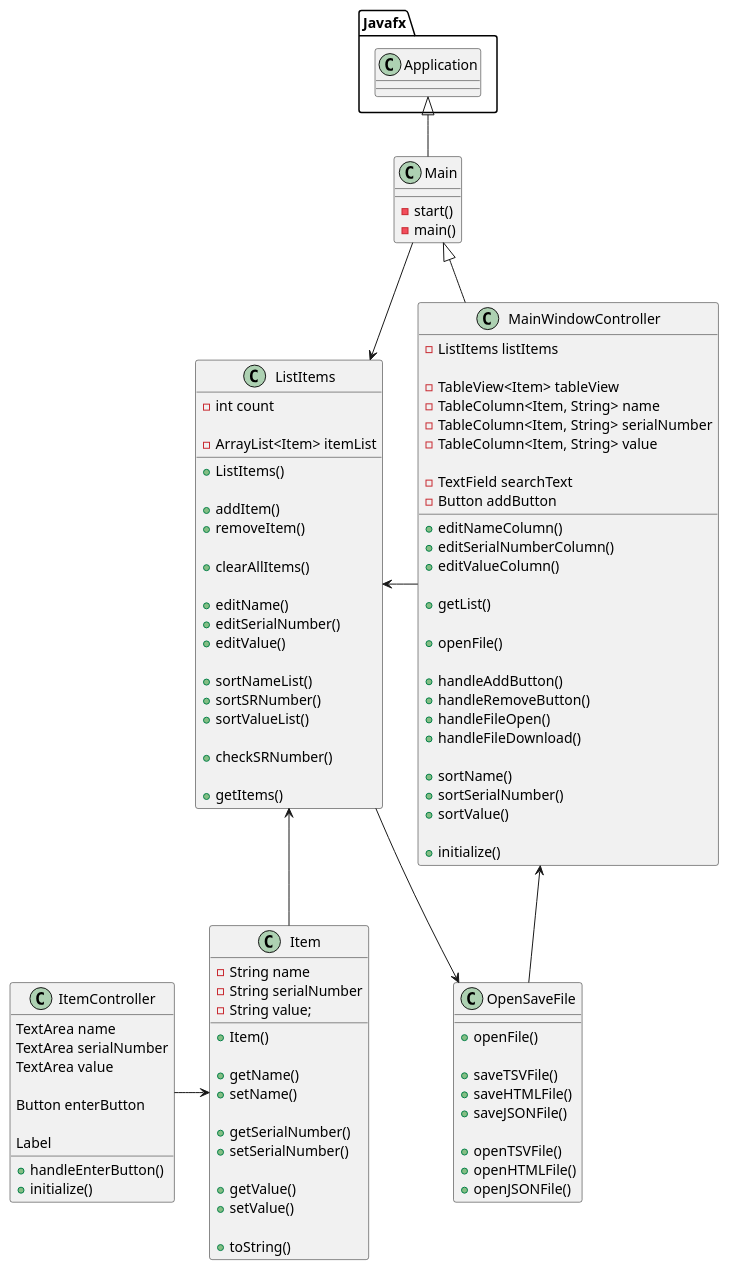
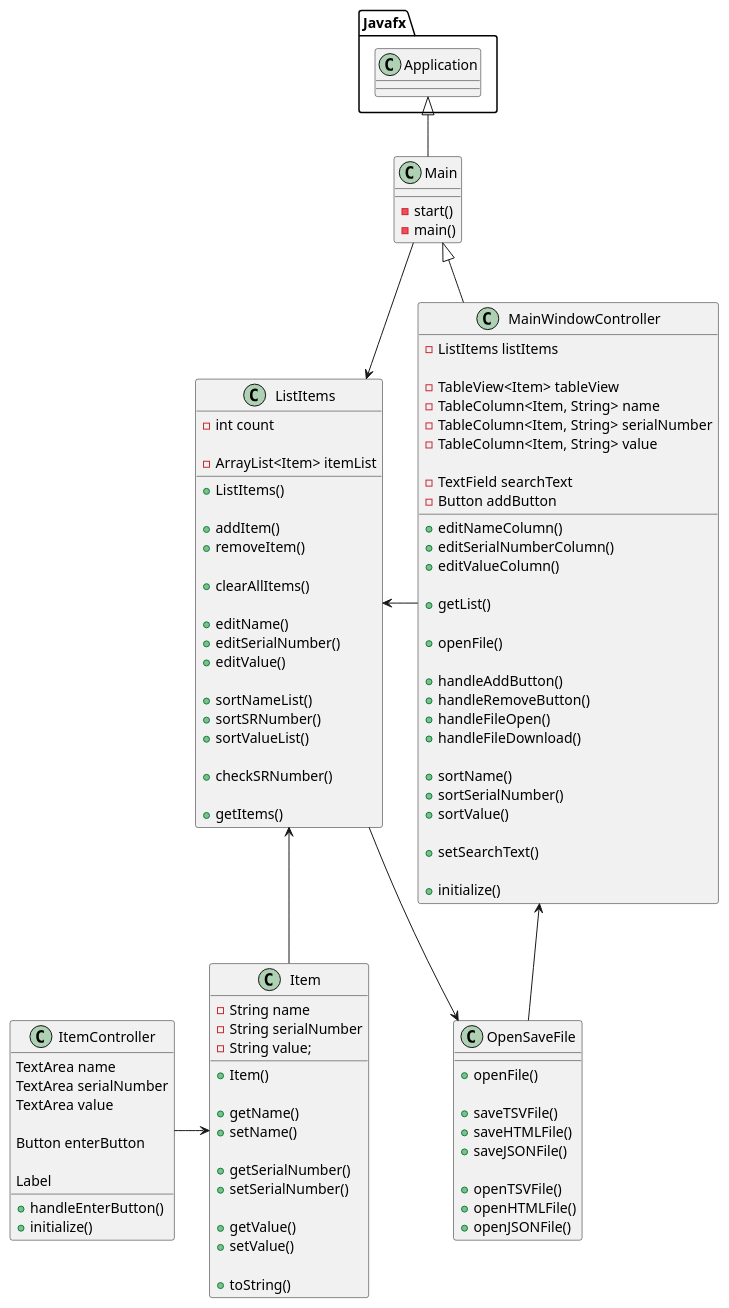
One commit to annbinus/Personal-Inventory-App changed the diagram in uml/InventroyDiagram.puml. Above: the diagram before and after it, drawn with PlantUML. The commit also changed 2 other files, not shown here.

```diff
--- a/uml/InventroyDiagram.puml
+++ b/uml/InventroyDiagram.puml
@@ -1,132 +1,134 @@
 @startuml
 'https://plantuml.com/sequence-diagram
 
 class Main{
 -start()
 -main()
 
 }
 
 class MainWindowController{
 
 -ListItems listItems
 
 -TableView<Item> tableView
 -TableColumn<Item, String> name
 -TableColumn<Item, String> serialNumber
 -TableColumn<Item, String> value
 
 -TextField searchText
 -Button addButton
 
 +editNameColumn()
 +editSerialNumberColumn()
 +editValueColumn()
 
 +getList()
 
 +openFile()
 
 +handleAddButton()
 +handleRemoveButton()
 +handleFileOpen()
 +handleFileDownload()
 
 +sortName()
 +sortSerialNumber()
 +sortValue()
+
++setSearchText()
 
 +initialize()
 
 }
 
 class ListItems{
 
 -int count
 
 -ArrayList<Item> itemList
 
 +ListItems()
 
 +addItem()
 +removeItem()
 
 +clearAllItems()
 
 +editName()
 +editSerialNumber()
 +editValue()
 
 +sortNameList()
 +sortSRNumber()
 +sortValueList()
 
 +checkSRNumber()
 
 +getItems()
 
 }
 
 class Item{
 -String name
 -String serialNumber
 -String value;
 
 +Item()
 
 +getName()
 +setName()
 
 +getSerialNumber()
 +setSerialNumber()
 
 +getValue()
 +setValue()
 
 +toString()
 
 }
 
 class ItemController{
 
 TextArea name
 TextArea serialNumber
 TextArea value
 
 Button enterButton
 
 Label
 +handleEnterButton()
 +initialize()
 
 }
 
 class OpenSaveFile{
 +openFile()
 
 +saveTSVFile()
 +saveHTMLFile()
 +saveJSONFile()
 
 +openTSVFile()
 +openHTMLFile()
 +openJSONFile()
 
 }
 
 Javafx.Application <|-- Main
 
 Main <|-- MainWindowController
 ListItems <- MainWindowController
 
 Main --> ListItems
 ListItems <-- Item
 
 OpenSaveFile <- ListItems
 MainWindowController <-- OpenSaveFile
 
 ItemController -> Item
 
 
 
 @enduml
```
